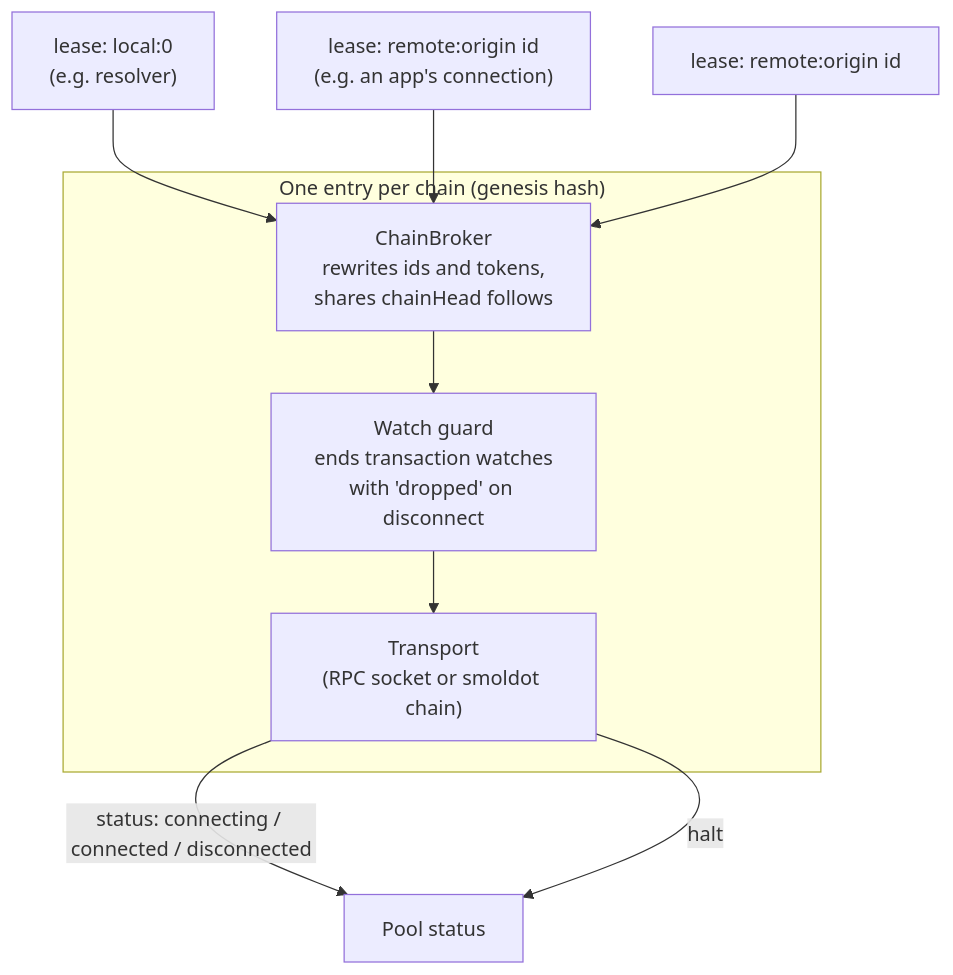
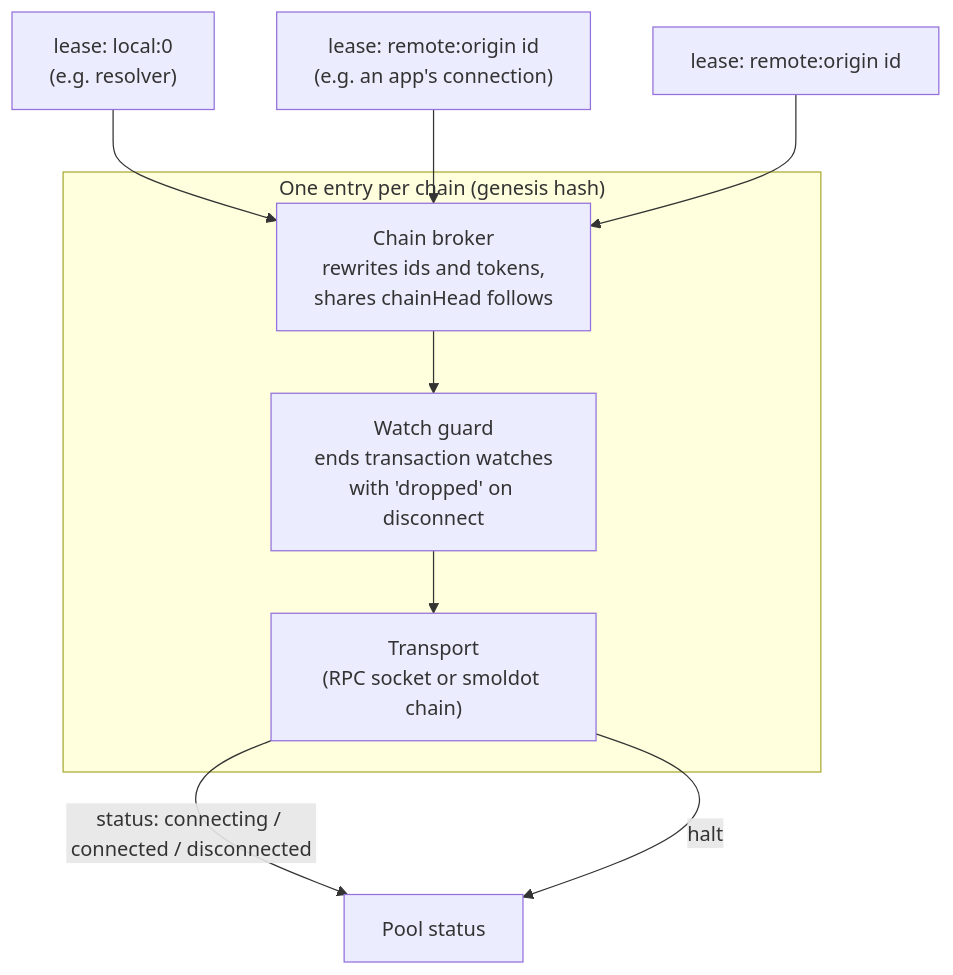
The second of 7 diagrams in docs/chain-connections.md (paritytech/dotli-community), drawn with Mermaid before and after one commit. The commit also changed other lines of this file and 2629 other files, not shown here.

````diff
--- a/docs/chain-connections.md
+++ b/docs/chain-connections.md
@@ -125,14 +125,14 @@
 ```mermaid
 flowchart TB
   L1["lease: local:0<br/>(e.g. resolver)"] --> B
   L2["lease: remote:origin id<br/>(e.g. an app's connection)"] --> B
   L3["lease: remote:origin id"] --> B
   subgraph Entry["One entry per chain (genesis hash)"]
-    B["ChainBroker<br/>rewrites ids and tokens,<br/>shares chainHead follows"]
+    B["Chain broker<br/>rewrites ids and tokens,<br/>shares chainHead follows"]
     G["Watch guard<br/>ends transaction watches<br/>with 'dropped' on disconnect"]
     T["Transport<br/>(RPC socket or smoldot chain)"]
     B --> G --> T
   end
   T -- "status: connecting / connected / disconnected" --> P["Pool status"]
   T -- "halt" --> P
 ```
````
